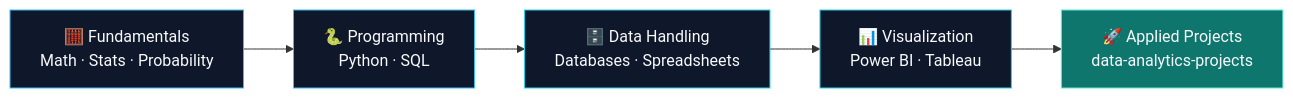
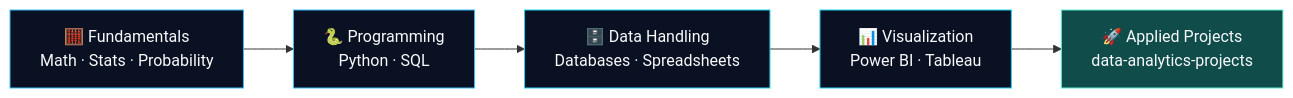
Before and after one commit to akxyverse/data-analytics-knowledge-system: the diagram in README.md, drawn with Mermaid. The commit also changed other lines of this file and 2 other files, not shown here.

````diff
--- a/README.md
+++ b/README.md
@@ -156,13 +147,13 @@
 ```mermaid
 flowchart LR
     A["🧮 Fundamentals<br/>Math · Stats · Probability"] --> B["🐍 Programming<br/>Python · SQL"]
     B --> C["🗄️ Data Handling<br/>Databases · Spreadsheets"]
     C --> D["📊 Visualization<br/>Power BI · Tableau"]
     D --> E["🚀 Applied Projects<br/>data-analytics-projects"]
 
-    style A fill:#0f172a,stroke:#38bdf8,color:#f8fafc
-    style B fill:#0f172a,stroke:#38bdf8,color:#f8fafc
-    style C fill:#0f172a,stroke:#22d3ee,color:#f8fafc
-    style D fill:#0f172a,stroke:#22d3ee,color:#f8fafc
-    style E fill:#0f766e,stroke:#5eead4,color:#f8fafc
+    style A fill:#0a1122,stroke:#38bdf8,color:#f8fafc
+    style B fill:#0a1122,stroke:#38bdf8,color:#f8fafc
+    style C fill:#0a1122,stroke:#22d3ee,color:#f8fafc
+    style D fill:#0a1122,stroke:#22d3ee,color:#f8fafc
+    style E fill:#0f4c4a,stroke:#5eead4,color:#f8fafc
 ```
````
